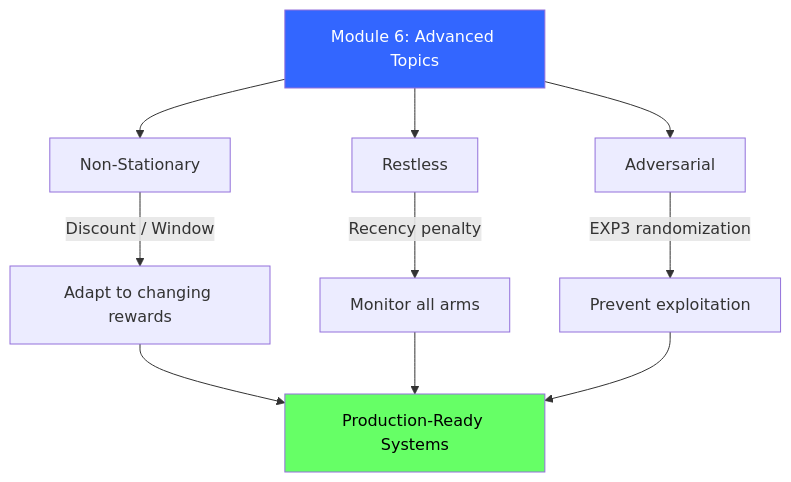
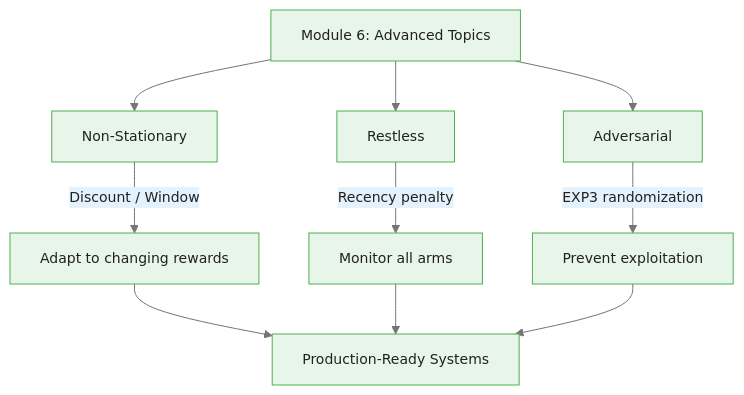
Before and after one commit to m-deane/course-creator: the third of 3 diagrams in courses/multi-armed-bandits-ab-testing/modules/module_06_advanced_topics/guides/cheatsheet_slides.md, drawn with Mermaid. The commit also changed other lines of this file and 146 other files, not shown here.

````diff
--- a/courses/multi-armed-bandits-ab-testing/modules/module_06_advanced_topics/guides/cheatsheet_slides.md
+++ b/courses/multi-armed-bandits-ab-testing/modules/module_06_advanced_topics/guides/cheatsheet_slides.md
@@ -190,17 +218,15 @@
 ```mermaid
+%%{init: {"theme": "base", "themeVariables": {"primaryColor": "#e8f5e9", "primaryBorderColor": "#4caf50", "primaryTextColor": "#212121", "secondaryColor": "#e3f2fd", "tertiaryColor": "#fff8e1", "lineColor": "#757575", "fontFamily": "Inter, sans-serif", "fontSize": "14px"}}}%%
 flowchart TD
     M6["Module 6: Advanced Topics"] --> NS_m["Non-Stationary"]
     M6 --> Rest_m["Restless"]
     M6 --> Adv_m["Adversarial"]
 
     NS_m --> |"Discount / Window"| Adapt_m["Adapt to changing rewards"]
     Rest_m --> |"Recency penalty"| Monitor_m["Monitor all arms"]
     Adv_m --> |"EXP3 randomization"| Protect_m["Prevent exploitation"]
 
     Adapt_m --> Production_m["Production-Ready Systems"]
     Monitor_m --> Production_m
     Protect_m --> Production_m
-
-    style M6 fill:#36f,color:#fff
-    style Production_m fill:#6f6,color:#000
 ```
````
